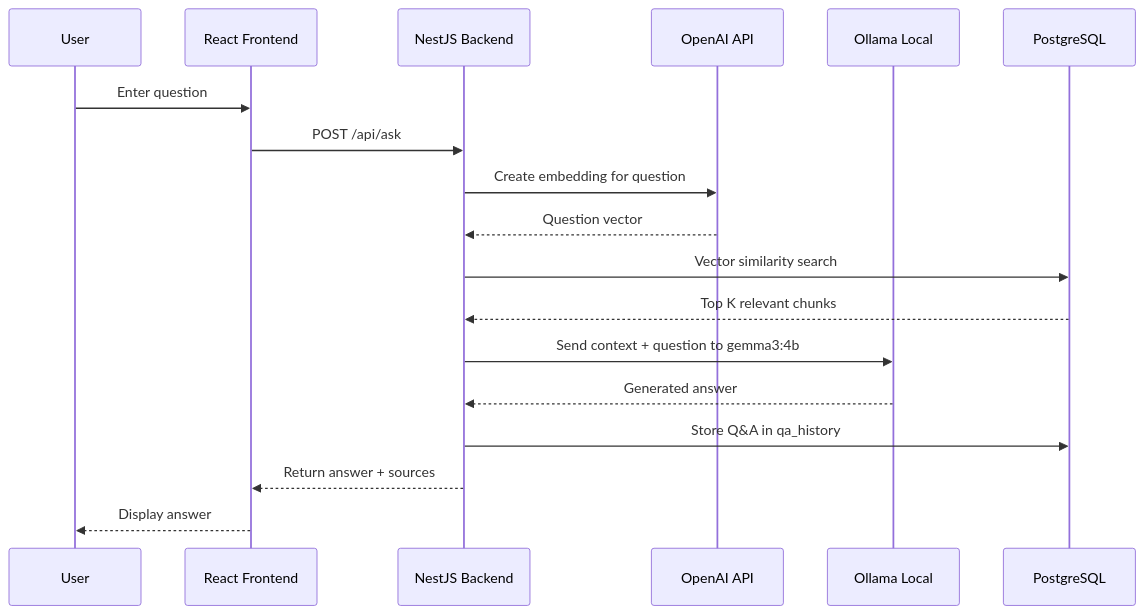
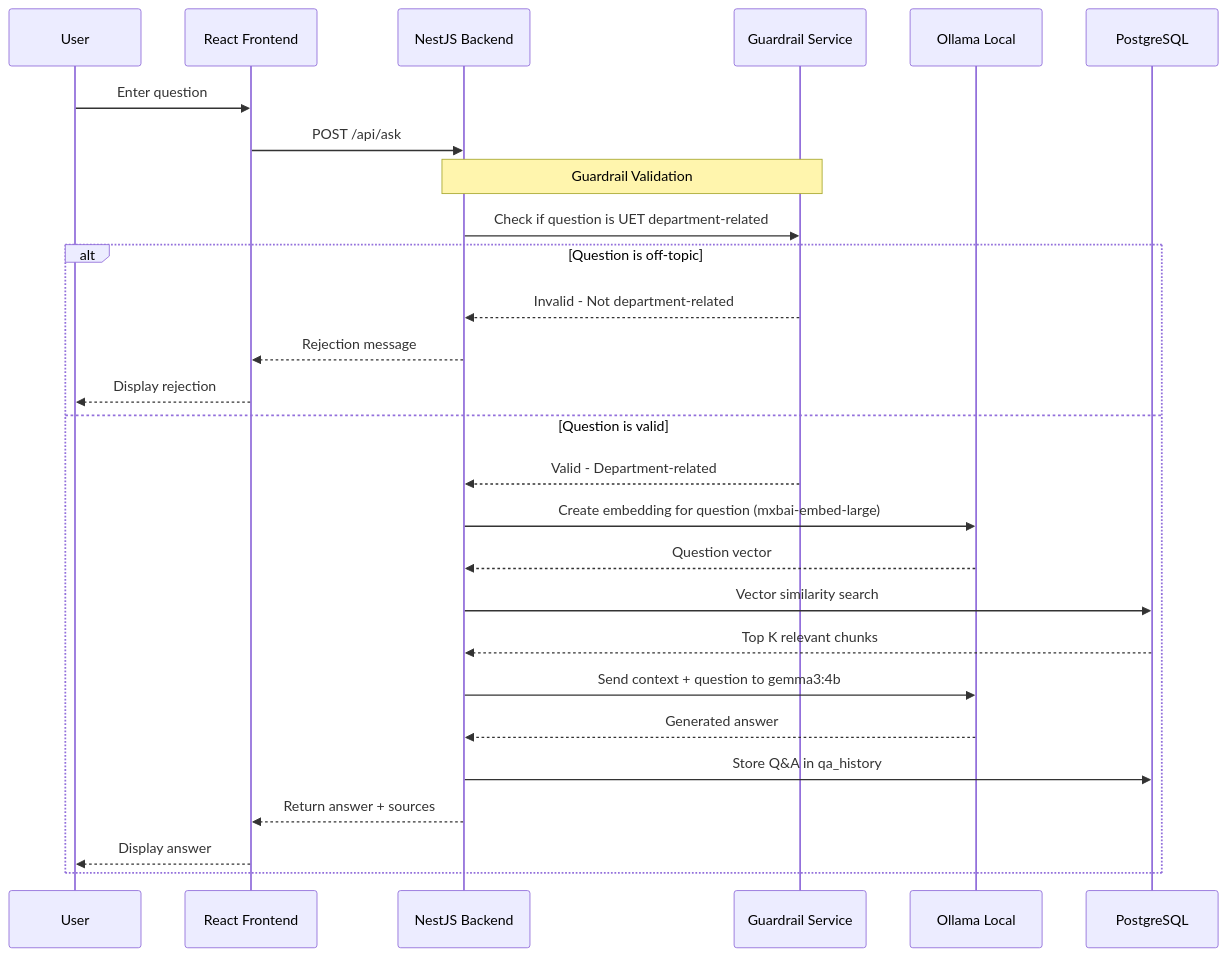
The third of 3 diagrams in diagrams/qa_system_architecture_85c97fbf.plan.md (Sanan4li/MS_AI_NLP_PROJECT), drawn with Mermaid before and after one commit. The commit also changed other lines of this file and 33 other files, not shown here.

Commit message:
changed the openAI embeddings to use mxbai-embed-large

````diff
--- a/diagrams/qa_system_architecture_85c97fbf.plan.md
+++ b/diagrams/qa_system_architecture_85c97fbf.plan.md
@@ -98,21 +158,32 @@
 ```mermaid
 sequenceDiagram
     participant User
     participant React as React Frontend
     participant NestJS as NestJS Backend
-    participant OpenAI as OpenAI API
+    participant Guardrail as Guardrail Service
     participant Ollama as Ollama Local
     participant PG as PostgreSQL
 
     User->>React: Enter question
     React->>NestJS: POST /api/ask
-    NestJS->>OpenAI: Create embedding for question
-    OpenAI-->>NestJS: Question vector
-    NestJS->>PG: Vector similarity search
-    PG-->>NestJS: Top K relevant chunks
-    NestJS->>Ollama: Send context + question to gemma3:4b
-    Ollama-->>NestJS: Generated answer
-    NestJS->>PG: Store Q&A in qa_history
-    NestJS-->>React: Return answer + sources
-    React-->>User: Display answer
+
+    Note over NestJS,Guardrail: Guardrail Validation
+    NestJS->>Guardrail: Check if question is UET department-related
+
+    alt Question is off-topic
+        Guardrail-->>NestJS: Invalid - Not department-related
+        NestJS-->>React: Rejection message
+        React-->>User: Display rejection
+    else Question is valid
+        Guardrail-->>NestJS: Valid - Department-related
+        NestJS->>Ollama: Create embedding for question (mxbai-embed-large)
+        Ollama-->>NestJS: Question vector
+        NestJS->>PG: Vector similarity search
+        PG-->>NestJS: Top K relevant chunks
+        NestJS->>Ollama: Send context + question to gemma3:4b
+        Ollama-->>NestJS: Generated answer
+        NestJS->>PG: Store Q&A in qa_history
+        NestJS-->>React: Return answer + sources
+        React-->>User: Display answer
+    end
 ```
````
